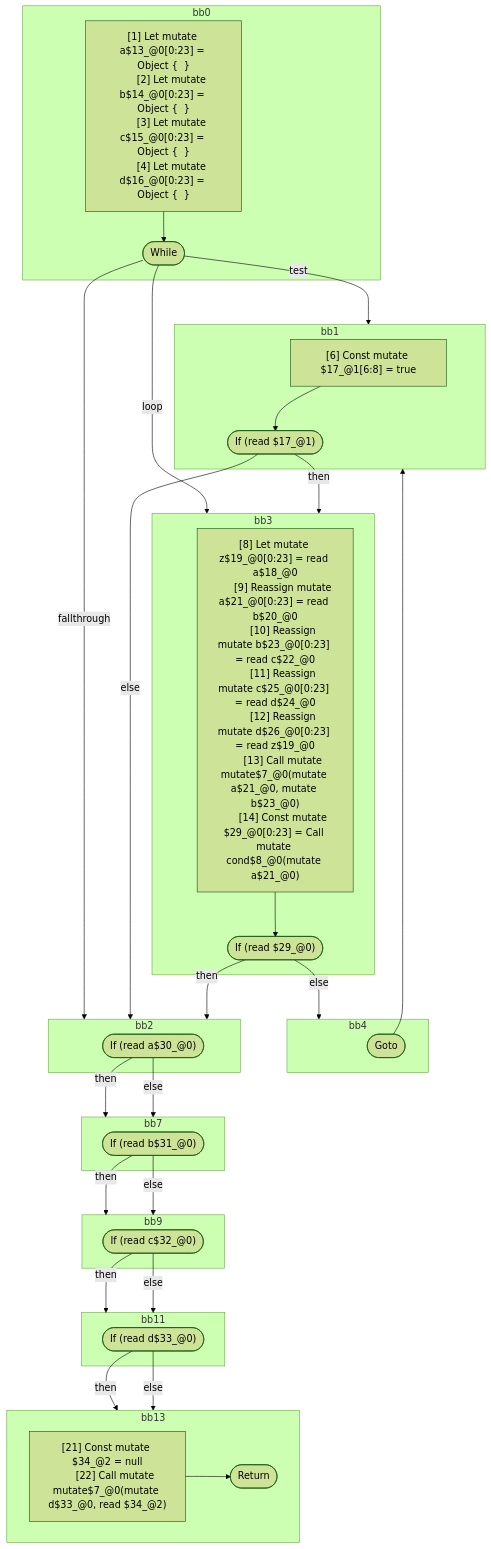
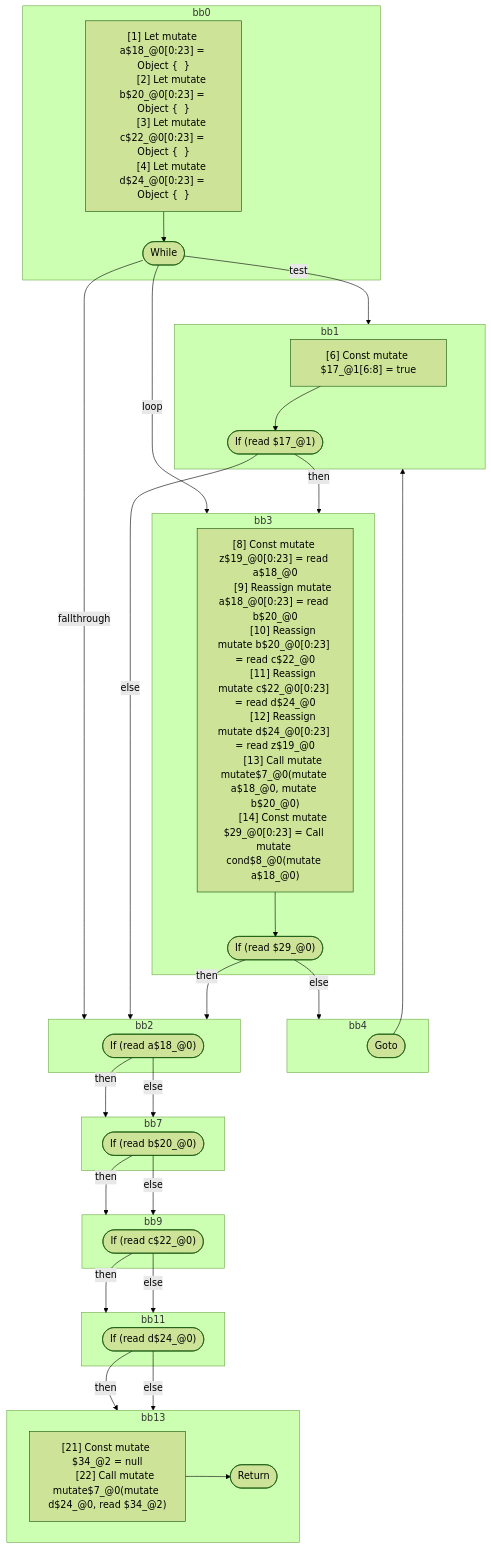
The third of 3 diagrams in compiler/forget/src/__tests__/fixtures/hir/mutable-lifetime-loops.expect.md (wutsmog/private), drawn with Mermaid (forest theme) before and after one commit. The commit also changed other lines of this file and 61 other files, not shown here.

````diff
--- a/compiler/forget/src/__tests__/fixtures/hir/mutable-lifetime-loops.expect.md
+++ b/compiler/forget/src/__tests__/fixtures/hir/mutable-lifetime-loops.expect.md
@@ -152,72 +144,72 @@
 ```mermaid
 flowchart TB
   %% Basic Blocks
   subgraph bb0
     bb0_instrs["
-      [1] Let mutate a$13_@0[0:23] = Object {  }
-      [2] Let mutate b$14_@0[0:23] = Object {  }
-      [3] Let mutate c$15_@0[0:23] = Object {  }
-      [4] Let mutate d$16_@0[0:23] = Object {  }
+      [1] Let mutate a$18_@0[0:23] = Object {  }
+      [2] Let mutate b$20_@0[0:23] = Object {  }
+      [3] Let mutate c$22_@0[0:23] = Object {  }
+      [4] Let mutate d$24_@0[0:23] = Object {  }
     "]
     bb0_instrs --> bb0_terminal(["While"])
   end
   subgraph bb1
     bb1_instrs["
       [6] Const mutate $17_@1[6:8] = true
     "]
     bb1_instrs --> bb1_terminal(["If (read $17_@1)"])
   end
   subgraph bb3
     bb3_instrs["
-      [8] Let mutate z$19_@0[0:23] = read a$18_@0
-      [9] Reassign mutate a$21_@0[0:23] = read b$20_@0
-      [10] Reassign mutate b$23_@0[0:23] = read c$22_@0
-      [11] Reassign mutate c$25_@0[0:23] = read d$24_@0
-      [12] Reassign mutate d$26_@0[0:23] = read z$19_@0
-      [13] Call mutate mutate$7_@0(mutate a$21_@0, mutate b$23_@0)
-      [14] Const mutate $29_@0[0:23] = Call mutate cond$8_@0(mutate a$21_@0)
+      [8] Const mutate z$19_@0[0:23] = read a$18_@0
+      [9] Reassign mutate a$18_@0[0:23] = read b$20_@0
+      [10] Reassign mutate b$20_@0[0:23] = read c$22_@0
+      [11] Reassign mutate c$22_@0[0:23] = read d$24_@0
+      [12] Reassign mutate d$24_@0[0:23] = read z$19_@0
+      [13] Call mutate mutate$7_@0(mutate a$18_@0, mutate b$20_@0)
+      [14] Const mutate $29_@0[0:23] = Call mutate cond$8_@0(mutate a$18_@0)
     "]
     bb3_instrs --> bb3_terminal(["If (read $29_@0)"])
   end
   subgraph bb4
     bb4_terminal(["Goto"])
   end
   subgraph bb2
-    bb2_terminal(["If (read a$30_@0)"])
+    bb2_terminal(["If (read a$18_@0)"])
   end
   subgraph bb7
-    bb7_terminal(["If (read b$31_@0)"])
+    bb7_terminal(["If (read b$20_@0)"])
   end
   subgraph bb9
-    bb9_terminal(["If (read c$32_@0)"])
+    bb9_terminal(["If (read c$22_@0)"])
   end
   subgraph bb11
-    bb11_terminal(["If (read d$33_@0)"])
+    bb11_terminal(["If (read d$24_@0)"])
   end
   subgraph bb13
     bb13_instrs["
       [21] Const mutate $34_@2 = null
-      [22] Call mutate mutate$7_@0(mutate d$33_@0, read $34_@2)
+      [22] Call mutate mutate$7_@0(mutate d$24_@0, read $34_@2)
     "]
     bb13_instrs --> bb13_terminal(["Return"])
   end
 
   %% Jumps
   bb0_terminal -- "test" --> bb1
   bb0_terminal -- "loop" --> bb3
   bb0_terminal -- "fallthrough" --> bb2
   bb1_terminal -- "then" --> bb3
   bb1_terminal -- "else" --> bb2
   bb3_terminal -- "then" --> bb2
   bb3_terminal -- "else" --> bb4
   bb4_terminal --> bb1
   bb2_terminal -- "then" --> bb7
   bb2_terminal -- "else" --> bb7
   bb7_terminal -- "then" --> bb9
   bb7_terminal -- "else" --> bb9
   bb9_terminal -- "then" --> bb11
   bb9_terminal -- "else" --> bb11
   bb11_terminal -- "then" --> bb13
   bb11_terminal -- "else" --> bb13
 
 ```
````
